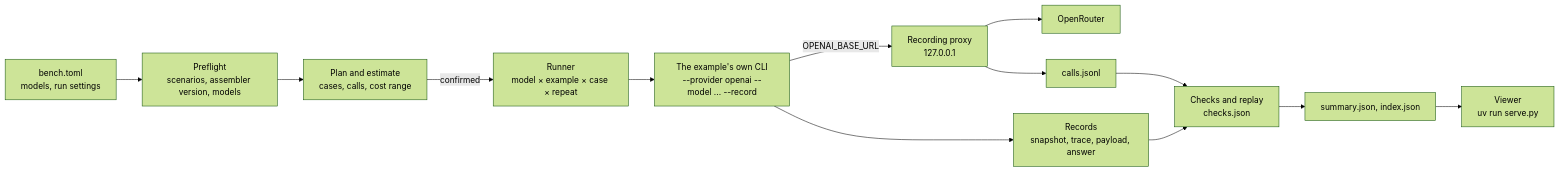
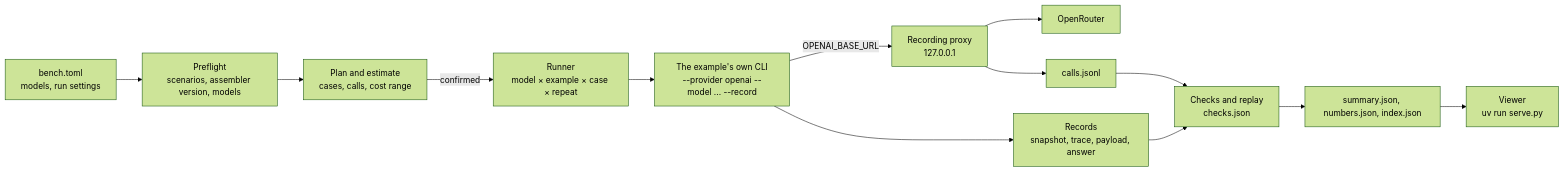
The diagram in bench/README.md (contextwindowarchitecture/examples), drawn with Mermaid (forest theme) before and after one commit. The commit also changed other lines of this file and 4 other files, not shown here.

````diff
--- a/bench/README.md
+++ b/bench/README.md
@@ -58,15 +58,15 @@
 ```mermaid
 flowchart LR
     C["bench.toml<br/>models, run settings"] --> F["Preflight<br/>scenarios, assembler version, models"]
     F --> E["Plan and estimate<br/>cases, calls, cost range"]
     E -->|confirmed| R["Runner<br/>model × example × case × repeat"]
     R --> X["The example's own CLI<br/>--provider openai --model ... --record"]
     X -->|OPENAI_BASE_URL| P["Recording proxy<br/>127.0.0.1"]
     P --> O["OpenRouter"]
     P --> L["calls.jsonl"]
     X --> D["Records<br/>snapshot, trace, payload, answer"]
     D --> G["Checks and replay<br/>checks.json"]
     L --> G
-    G --> I["summary.json, index.json"]
+    G --> I["summary.json, numbers.json, index.json"]
     I --> V["Viewer<br/>uv run serve.py"]
 ```
````
